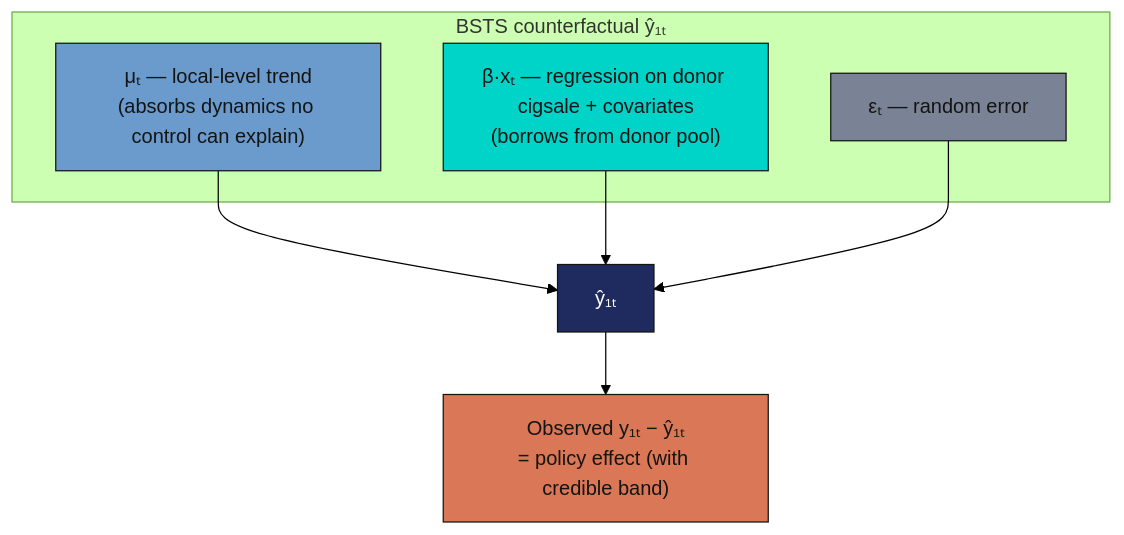
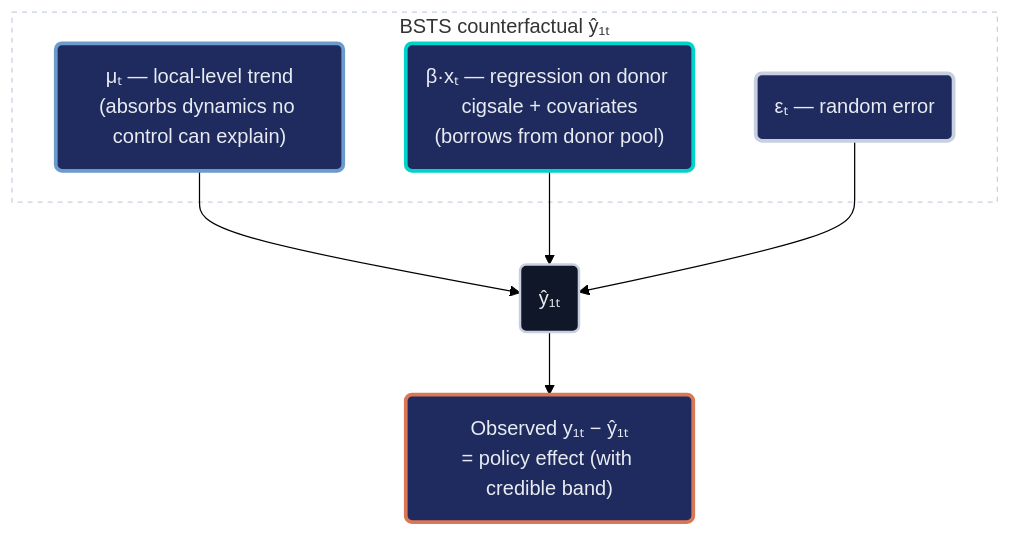
The fifth of 5 diagrams in content/post/r_causalpolicy_workshop/index.md (cmg777/starter-academic-v501), drawn with Mermaid (forest theme) before and after one commit. The commit also changed other lines of this file and 13 other files, not shown here.

First line of the commit message:
content(mermaid): restyle flowcharts in R posts

````diff
--- a/content/post/r_causalpolicy_workshop/index.md
+++ b/content/post/r_causalpolicy_workshop/index.md
@@ -1265,18 +1273,23 @@
 ```mermaid
 flowchart TB
-    subgraph "BSTS counterfactual ŷ₁ₜ"
-        TREND["μₜ — local-level trend<br/>(absorbs dynamics no control can explain)"]
-        REG["β·xₜ — regression on donor cigsale + covariates<br/>(borrows from donor pool)"]
-        ERR["εₜ — random error"]
+    subgraph SG1["BSTS counterfactual ŷ₁ₜ"]
+        TREND("μₜ — local-level trend<br/>(absorbs dynamics no control can explain)")
+        REG("β·xₜ — regression on donor cigsale + covariates<br/>(borrows from donor pool)")
+        ERR("εₜ — random error")
     end
-    TREND --> Y["ŷ₁ₜ"]
+    TREND --> Y("ŷ₁ₜ")
     REG --> Y
     ERR --> Y
-    Y --> CMP["Observed y₁ₜ − ŷ₁ₜ<br/>= policy effect (with credible band)"]
-
-    style TREND fill:#6a9bcc,stroke:#141413,color:#141413
-    style REG fill:#00d4c8,stroke:#141413,color:#141413
-    style ERR fill:#7a8395,stroke:#141413,color:#141413
-    style Y fill:#1f2b5e,stroke:#141413,color:#fff
-    style CMP fill:#d97757,stroke:#141413,color:#141413
+    Y --> CMP("Observed y₁ₜ − ŷ₁ₜ<br/>= policy effect (with credible band)")
+    style SG1 fill:none,stroke:#c8d0e0,stroke-width:1px,stroke-dasharray:4 4
+    classDef blue fill:#1f2b5e,stroke:#6a9bcc,stroke-width:3px,color:#e8ecf2
+    classDef teal fill:#1f2b5e,stroke:#00d4c8,stroke-width:3px,color:#e8ecf2
+    classDef gray fill:#1f2b5e,stroke:#c8d0e0,stroke-width:3px,color:#e8ecf2
+    classDef anchor fill:#0f1729,stroke:#c8d0e0,stroke-width:2px,color:#e8ecf2
+    classDef orange fill:#1f2b5e,stroke:#d97757,stroke-width:3px,color:#e8ecf2
+    class TREND blue
+    class REG teal
+    class ERR gray
+    class Y anchor
+    class CMP orange
 ```
````
